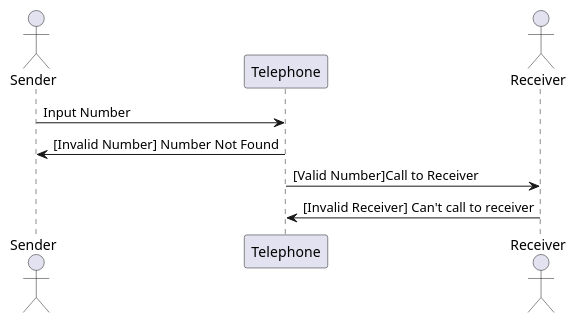
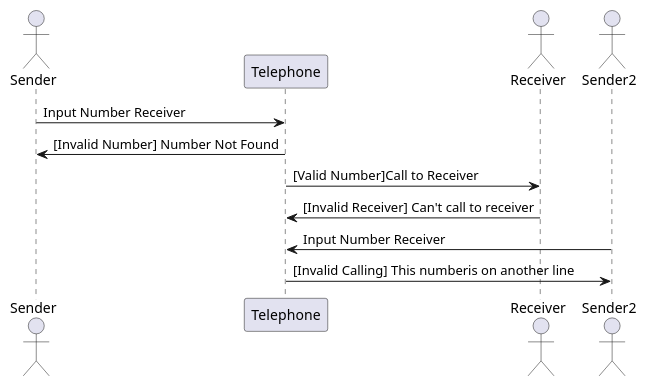
Before and after one commit to 03376808-OOAD/OOAD-WEEK10: the diagram in Lab submits/60030098/telephone.puml, drawn with PlantUML. The commit also changed 1 other file, not shown here.

```diff
--- a/Lab submits/60030098/telephone.puml
+++ b/Lab submits/60030098/telephone.puml
@@ -1,11 +1,13 @@
 @startuml
 actor Sender
 participant Telephone
 actor Receiver
+actor Sender2
 
-Sender -> Telephone : Input Number
+Sender -> Telephone : Input Number Receiver
 Telephone -> Sender : [Invalid Number] Number Not Found
 Telephone -> Receiver : [Valid Number]Call to Receiver
 Receiver -> Telephone : [Invalid Receiver] Can't call to receiver
-
+Sender2 -> Telephone : Input Number Receiver
+Telephone -> Sender2 : [Invalid Calling] This numberis on another line
 @enduml
```
